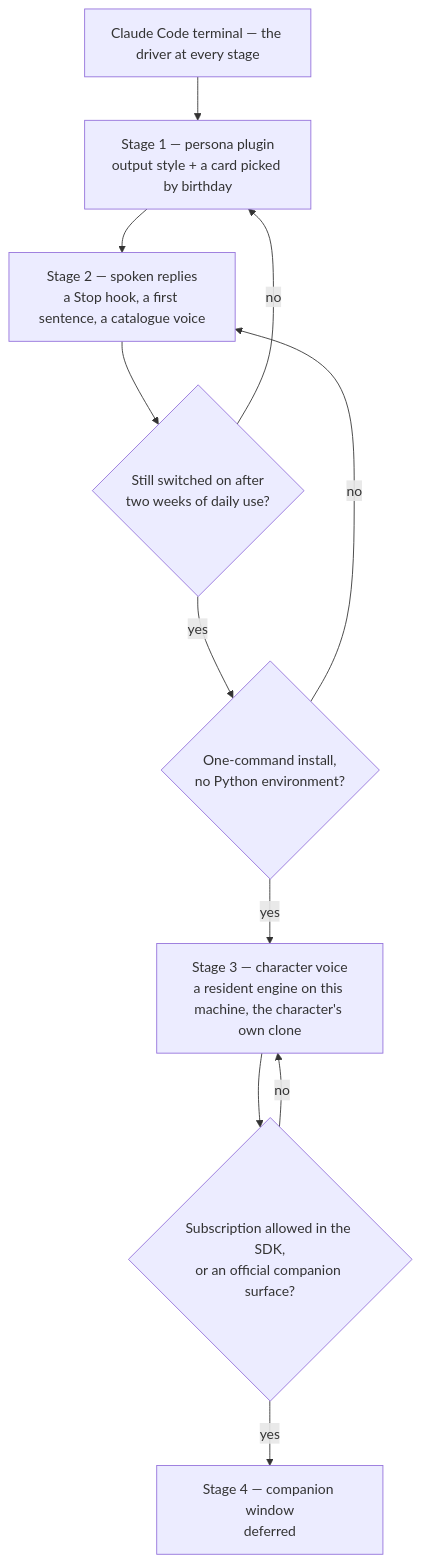
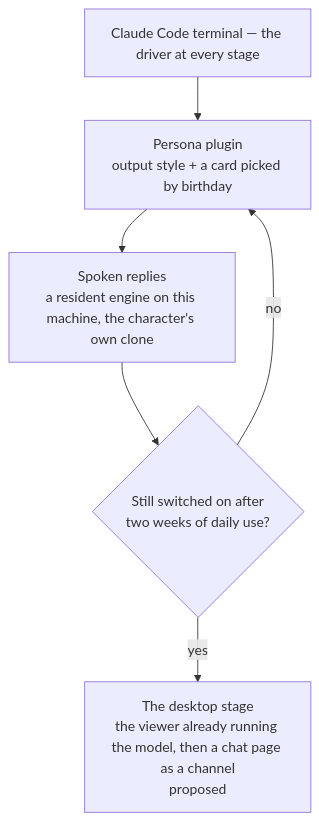
One commit to Esposter/Esposter changed the diagram in apps/web/content/docs/infra/claude-interface/index.md. Above: the diagram before and after it, drawn with Mermaid. The commit also changed other lines of this file and 7 other files, not shown here.

First line of the commit message:
docs(claude-interface): the voice pages describe what is built, with the history and the stage numbers gone

````diff
--- a/apps/web/content/docs/infra/claude-interface/index.md
+++ b/apps/web/content/docs/infra/claude-interface/index.md
@@ -32,22 +33,12 @@
 ```mermaid
 flowchart TD
     Terminal[Claude Code terminal — the driver at every stage]
-    Persona[Stage 1 — persona plugin<br/>output style + a card picked by birthday]
-    Speak[Stage 2 — spoken replies<br/>a Stop hook, a first sentence, a catalogue voice]
-    Voice[Stage 3 — character voice<br/>a resident engine on this machine, the character's own clone]
-    Companion[Stage 4 — companion window<br/>deferred]
-    Gate2{Still switched on after<br/>two weeks of daily use?}
-    Gate3{One-command install,<br/>no Python environment?}
-    Gate4{Subscription allowed in the SDK,<br/>or an official companion surface?}
+    Persona[Persona plugin<br/>output style + a card picked by birthday]
+    Voice[Spoken replies<br/>a resident engine on this machine, the character's own clone]
+    Companion[The desktop stage<br/>the viewer already running the model, then a chat page as a channel<br/>proposed]
+    Gate{Still switched on after<br/>two weeks of daily use?}
 
-    Terminal --> Persona
-    Persona --> Speak
-    Speak --> Gate2
-    Gate2 -- yes --> Gate3
-    Gate3 -- yes --> Voice
-    Voice --> Gate4
-    Gate4 -- yes --> Companion
-    Gate2 -- no --> Persona
-    Gate3 -- no --> Speak
-    Gate4 -- no --> Voice
+    Terminal --> Persona --> Voice --> Gate
+    Gate -- yes --> Companion
+    Gate -- no --> Persona
 ```
````
